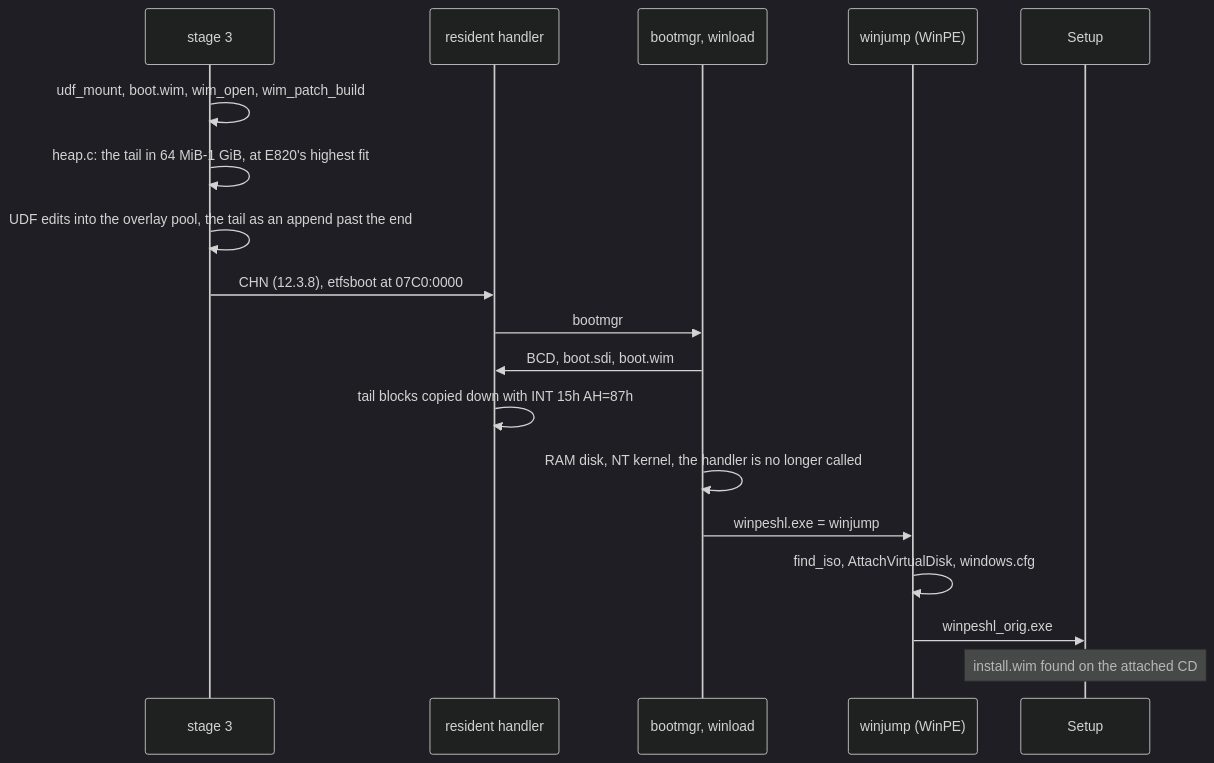
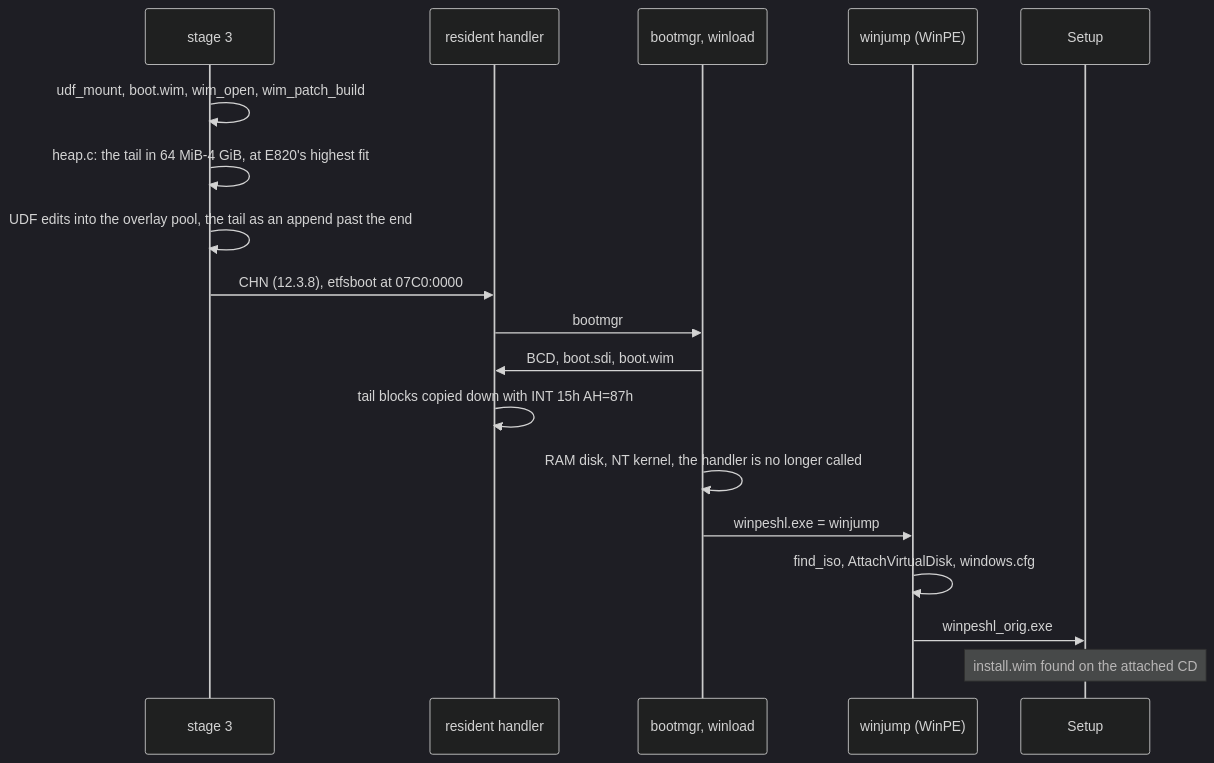
Diagram 19 of 22 in docs/DESIGN.md (vifair22/falcon-boot), drawn with Mermaid (dark theme) before and after one commit. The commit also changed other lines of this file and 3 other files, not shown here.

````diff
--- a/docs/DESIGN.md
+++ b/docs/DESIGN.md
@@ -3145,20 +3170,20 @@
 ```mermaid
 sequenceDiagram
     participant L as stage 3
     participant R as resident handler
     participant M as bootmgr, winload
     participant W as winjump (WinPE)
     participant ST as Setup
     L->>L: udf_mount, boot.wim, wim_open, wim_patch_build
-    L->>L: heap.c: the tail in 64 MiB-1 GiB, at E820's highest fit
+    L->>L: heap.c: the tail in 64 MiB-4 GiB, at E820's highest fit
     L->>L: UDF edits into the overlay pool, the tail as an append past the end
     L->>R: CHN (12.3.8), etfsboot at 07C0:0000
     R->>M: bootmgr
     M->>R: BCD, boot.sdi, boot.wim
     R->>R: tail blocks copied down with INT 15h AH=87h
     M->>M: RAM disk, NT kernel, the handler is no longer called
     M->>W: winpeshl.exe = winjump
     W->>W: find_iso, AttachVirtualDisk, windows.cfg
     W->>ST: winpeshl_orig.exe
     Note over ST: install.wim found on the attached CD
 ```
````
